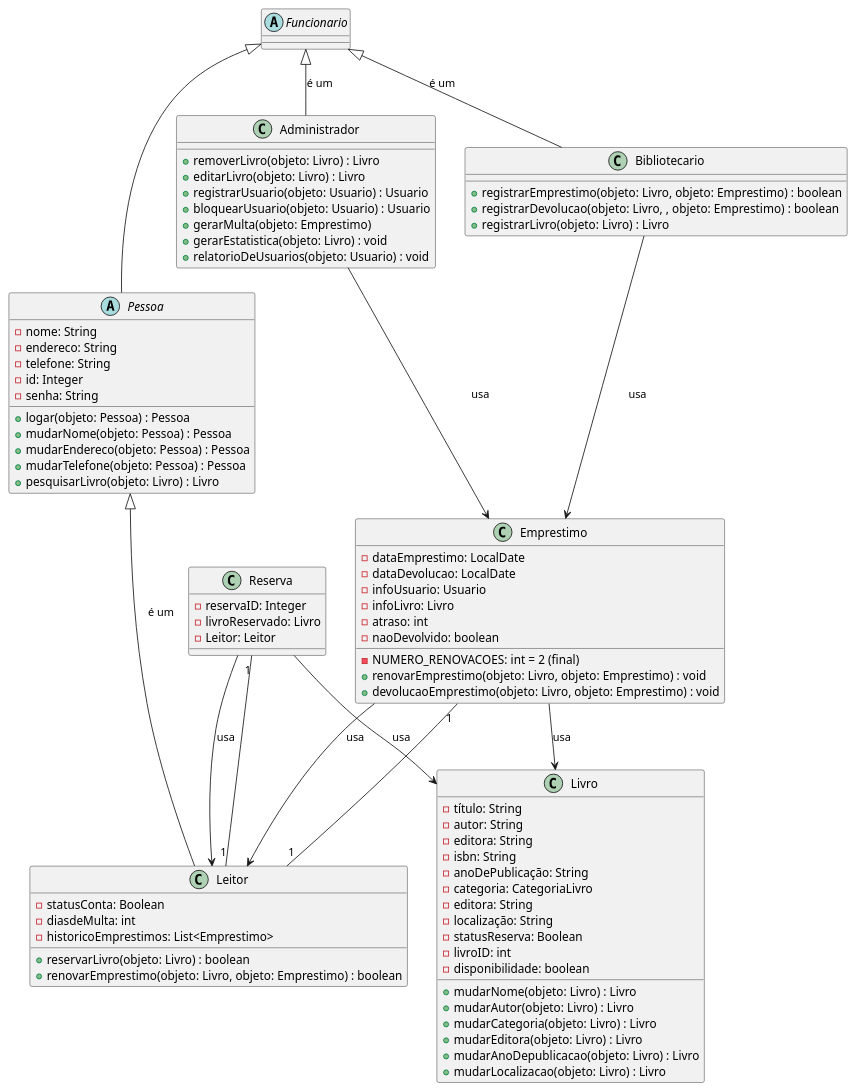
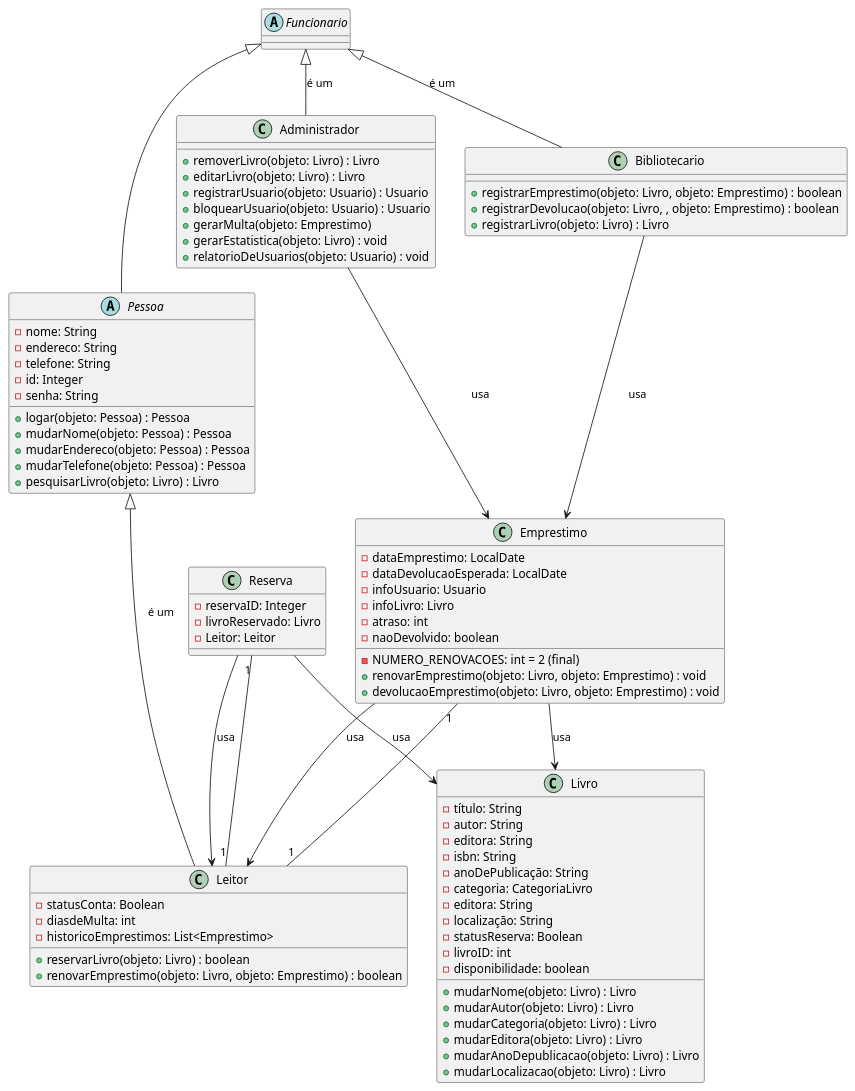
Before and after one commit to felipe-py/Gerenciador-de-Bibliotecas: the diagram in docs/Diagrama_classe.puml, drawn with PlantUML. The commit also changed 2 other files, not shown here.

```diff
--- a/docs/Diagrama_classe.puml
+++ b/docs/Diagrama_classe.puml
@@ -1,97 +1,97 @@
 @startuml PBL_JAVA
 
 abstract class Pessoa{
     -nome: String
     -endereco: String
     -telefone: String
     -id: Integer
     -senha: String
     +logar(objeto: Pessoa) : Pessoa
     +mudarNome(objeto: Pessoa) : Pessoa
     +mudarEndereco(objeto: Pessoa) : Pessoa
     +mudarTelefone(objeto: Pessoa) : Pessoa
     +pesquisarLivro(objeto: Livro) : Livro
 }
 
 class Leitor {
     -statusConta: Boolean
     -diasdeMulta: int
     -historicoEmprestimos: List<Emprestimo>
     +reservarLivro(objeto: Livro) : boolean
     +renovarEmprestimo(objeto: Livro, objeto: Emprestimo) : boolean
 }
 
 class Bibliotecario{
     +registrarEmprestimo(objeto: Livro, objeto: Emprestimo) : boolean
     +registrarDevolucao(objeto: Livro, , objeto: Emprestimo) : boolean
     +registrarLivro(objeto: Livro) : Livro
 }
 
 class Administrador{
     +removerLivro(objeto: Livro) : Livro
     +editarLivro(objeto: Livro) : Livro
     +registrarUsuario(objeto: Usuario) : Usuario
     +bloquearUsuario(objeto: Usuario) : Usuario
     +gerarMulta(objeto: Emprestimo)
     +gerarEstatistica(objeto: Livro) : void
     +relatorioDeUsuarios(objeto: Usuario) : void
 }
 
 abstract class Funcionario{
 
 }
 
 class Livro{
     -título: String
     -autor: String
     -editora: String
     -isbn: String
     -anoDePublicação: String
     -categoria: CategoriaLivro
     -editora: String
     -localização: String
     -statusReserva: Boolean
     -livroID: int
     -disponibilidade: boolean
     +mudarNome(objeto: Livro) : Livro
     +mudarAutor(objeto: Livro) : Livro
     +mudarCategoria(objeto: Livro) : Livro
     +mudarEditora(objeto: Livro) : Livro
     +mudarAnoDepublicacao(objeto: Livro) : Livro
     +mudarLocalizacao(objeto: Livro) : Livro
 }
 
 class Emprestimo{
     -dataEmprestimo: LocalDate
-    -dataDevolucao: LocalDate
+    -dataDevolucaoEsperada: LocalDate
     -infoUsuario: Usuario
     -infoLivro: Livro
     -atraso: int
     -naoDevolvido: boolean
     -NUMERO_RENOVACOES: int = 2 (final)
     +renovarEmprestimo(objeto: Livro, objeto: Emprestimo) : void
     +devolucaoEmprestimo(objeto: Livro, objeto: Emprestimo) : void
 }
 
 class Reserva{
     -reservaID: Integer
     -livroReservado: Livro
     -Leitor: Leitor
 }
 
 Emprestimo --> Livro : usa
 Emprestimo --> Leitor : usa
 Reserva --> Livro : usa
 Reserva --> Leitor : usa
 Administrador --> Emprestimo : usa
 Bibliotecario --> Emprestimo : usa
 
 Emprestimo "1"--"1" Leitor
 Reserva "1"--"1" Leitor
 
 Funcionario <|-- Bibliotecario : é um
 Funcionario <|-- Administrador : é um
 Funcionario <|-- Pessoa
 Pessoa <|-- Leitor : é um
 
 @enduml
```
